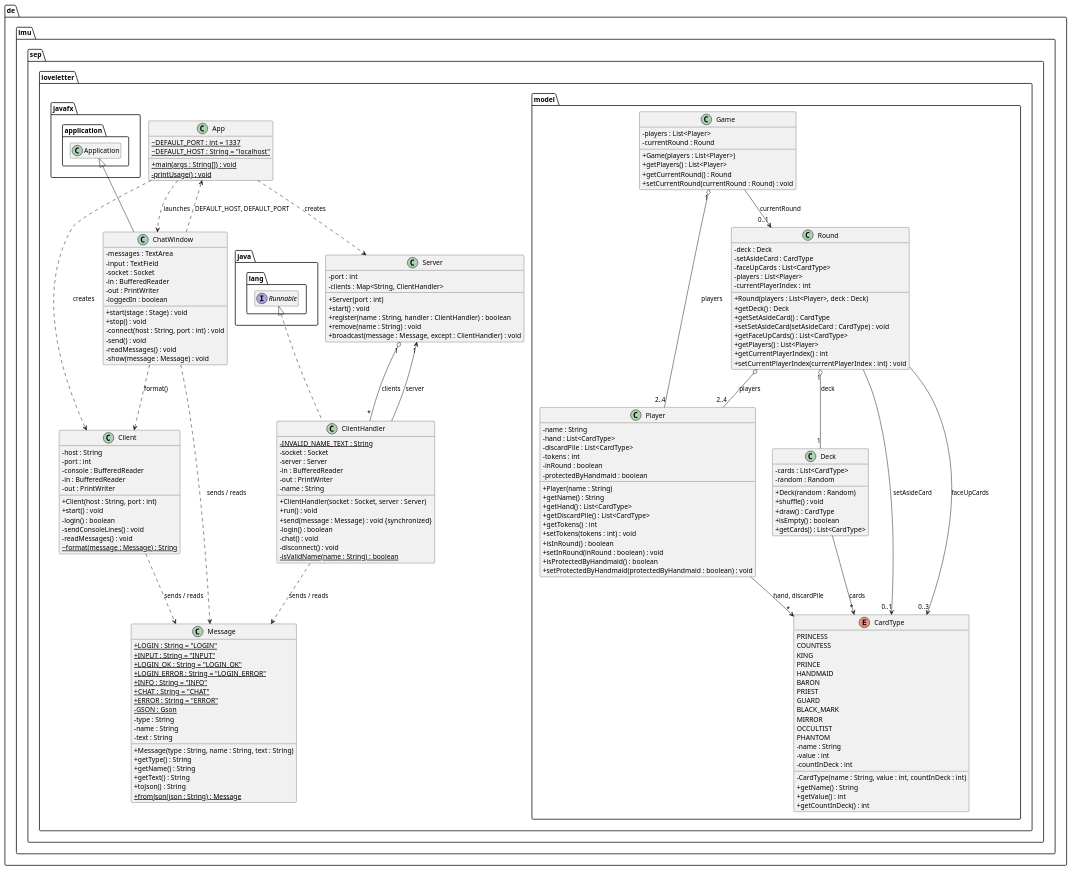
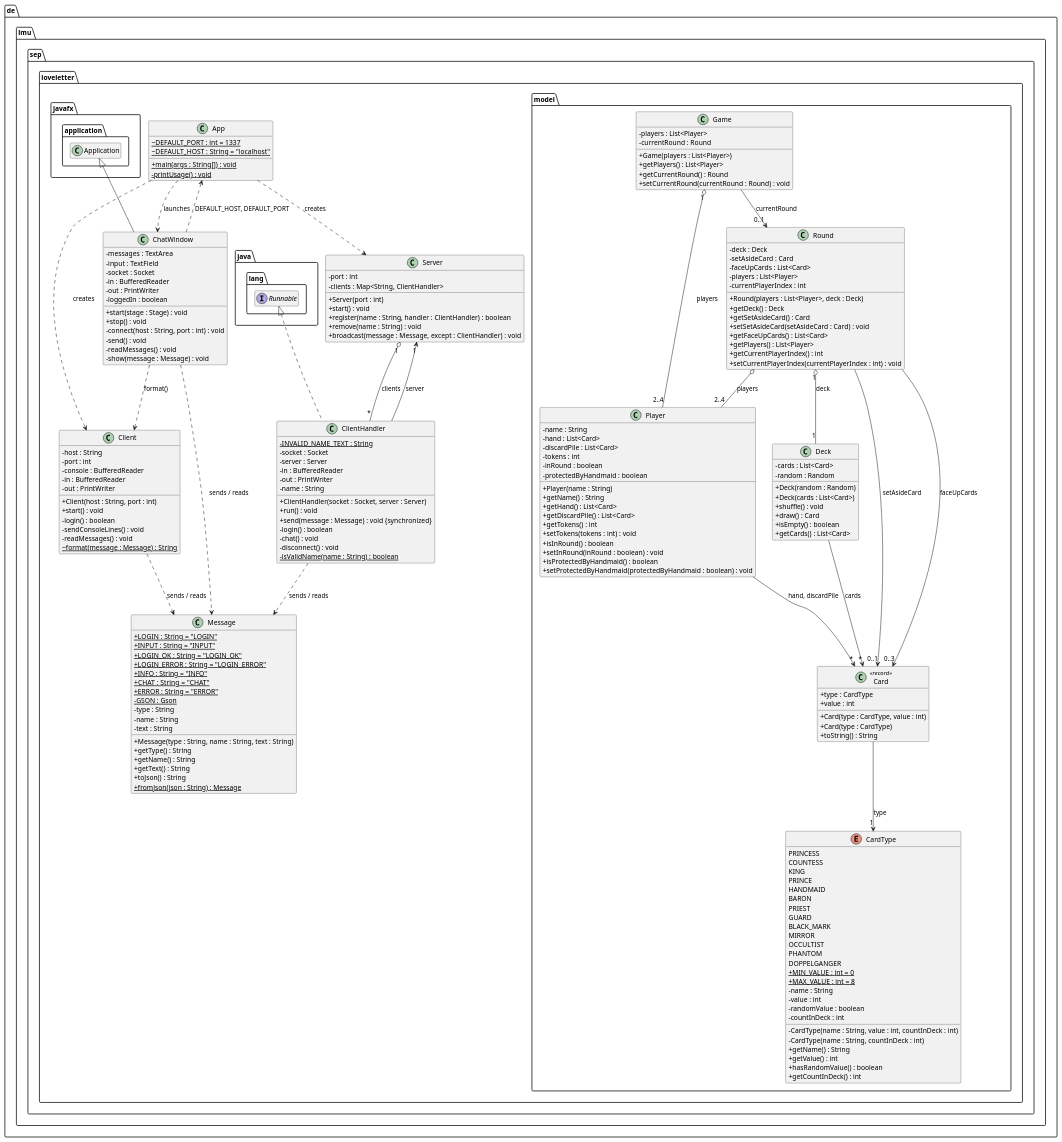
One commit to daithangngo/SEP-LoveLetter changed the diagram in uml/classes.puml. Above: the diagram before and after it, drawn with PlantUML. The commit also changed 3 other files, not shown here.

Commit message:
docs: update README and UML for the Card record

```diff
--- a/uml/classes.puml
+++ b/uml/classes.puml
@@ -103,36 +103,51 @@
     MIRROR
     OCCULTIST
     PHANTOM
+    DOPPELGANGER
+    + {static} MIN_VALUE : int = 0
+    + {static} MAX_VALUE : int = 8
     - name : String
     - value : int
+    - randomValue : boolean
     - countInDeck : int
     - CardType(name : String, value : int, countInDeck : int)
+    - CardType(name : String, countInDeck : int)
     + getName() : String
     + getValue() : int
+    + hasRandomValue() : boolean
     + getCountInDeck() : int
   }
 
+  class Card <<record>> {
+    + type : CardType
+    + value : int
+    + Card(type : CardType, value : int)
+    + Card(type : CardType)
+    + toString() : String
+  }
+
   class Deck {
-    - cards : List<CardType>
+    - cards : List<Card>
     - random : Random
     + Deck(random : Random)
+    + Deck(cards : List<Card>)
     + shuffle() : void
-    + draw() : CardType
+    + draw() : Card
     + isEmpty() : boolean
-    + getCards() : List<CardType>
+    + getCards() : List<Card>
   }
 
   class Player {
     - name : String
-    - hand : List<CardType>
-    - discardPile : List<CardType>
+    - hand : List<Card>
+    - discardPile : List<Card>
     - tokens : int
     - inRound : boolean
     - protectedByHandmaid : boolean
     + Player(name : String)
     + getName() : String
-    + getHand() : List<CardType>
-    + getDiscardPile() : List<CardType>
+    + getHand() : List<Card>
+    + getDiscardPile() : List<Card>
     + getTokens() : int
     + setTokens(tokens : int) : void
     + isInRound() : boolean
@@ -143,15 +158,15 @@
 
   class Round {
     - deck : Deck
-    - setAsideCard : CardType
-    - faceUpCards : List<CardType>
+    - setAsideCard : Card
+    - faceUpCards : List<Card>
     - players : List<Player>
     - currentPlayerIndex : int
     + Round(players : List<Player>, deck : Deck)
     + getDeck() : Deck
-    + getSetAsideCard() : CardType
-    + setSetAsideCard(setAsideCard : CardType) : void
-    + getFaceUpCards() : List<CardType>
+    + getSetAsideCard() : Card
+    + setSetAsideCard(setAsideCard : Card) : void
+    + getFaceUpCards() : List<Card>
     + getPlayers() : List<Player>
     + getCurrentPlayerIndex() : int
     + setCurrentPlayerIndex(currentPlayerIndex : int) : void
@@ -184,8 +199,9 @@
 Game --> "0..1" Round : currentRound
 Round "1" o-- "1" Deck : deck
 Round o-- "2..4" Player : players
-Round --> "0..1" CardType : setAsideCard
-Round --> "0..3" CardType : faceUpCards
-Player --> "*" CardType : hand, discardPile
-Deck --> "*" CardType : cards
+Round --> "0..1" Card : setAsideCard
+Round --> "0..3" Card : faceUpCards
+Player --> "*" Card : hand, discardPile
+Deck --> "*" Card : cards
+Card --> "1" CardType : type
 @enduml
```
